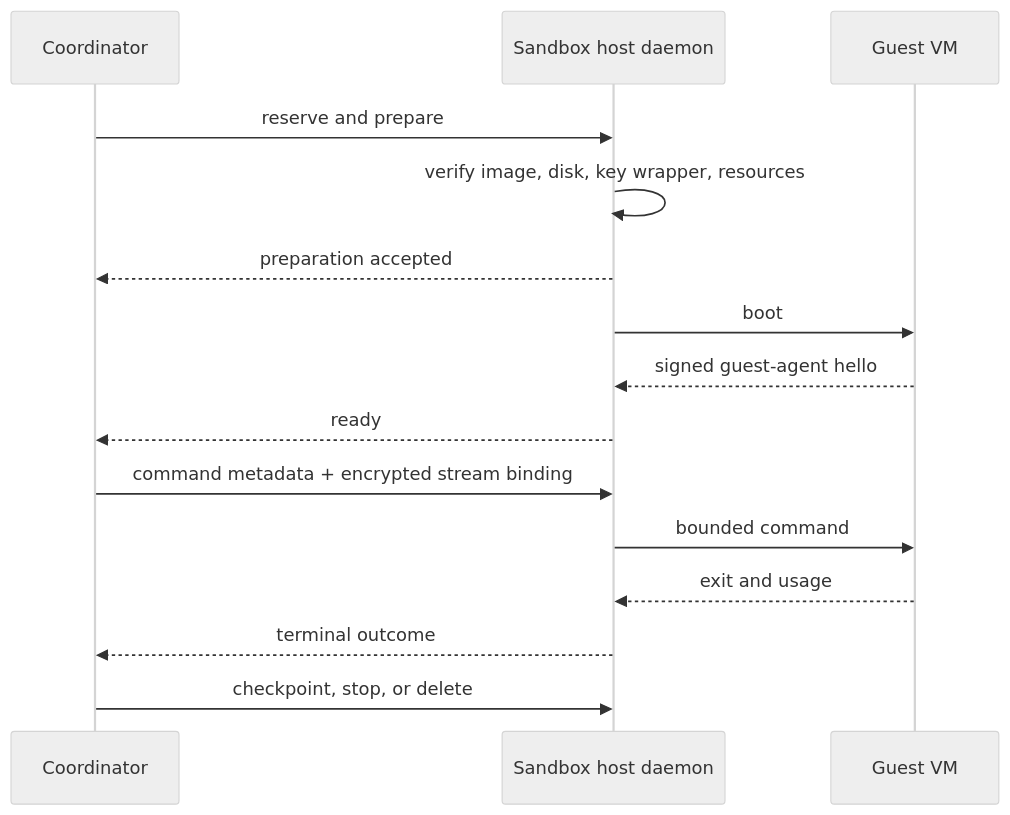
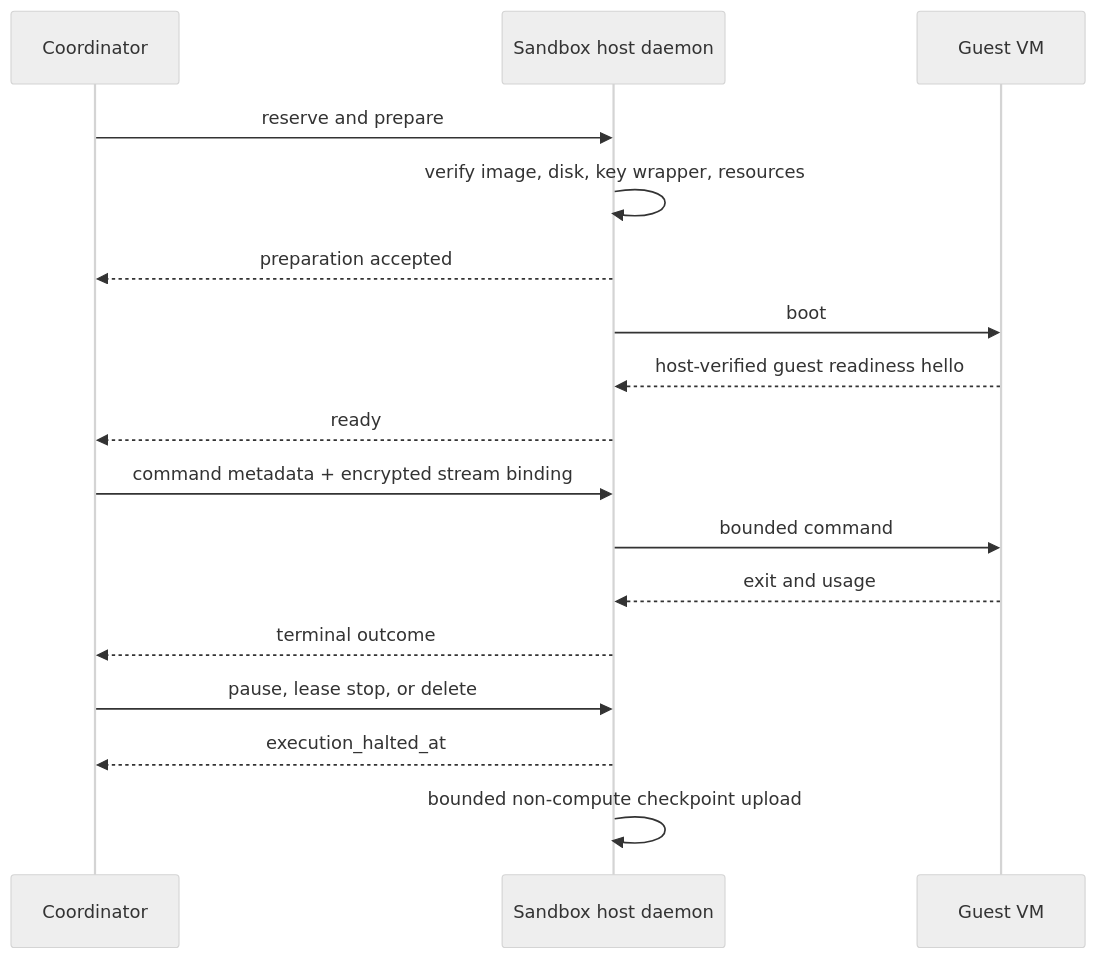
One commit to Layr-Labs/d-inference changed the second of 2 diagrams in docs/reports/2026-08-22-sandbox-user-experience.md. Above: the diagram before and after it, drawn with Mermaid (neutral theme). The commit also changed other lines of this file and 2 other files, not shown here.

Commit message:
docs: harden sandbox architecture proposal

````diff
--- a/docs/reports/2026-08-22-sandbox-user-experience.md
+++ b/docs/reports/2026-08-22-sandbox-user-experience.md
@@ -442,17 +544,19 @@
 ```mermaid
 sequenceDiagram
   participant C as Coordinator
   participant H as Sandbox host daemon
   participant V as Guest VM
   C->>H: reserve and prepare
   H->>H: verify image, disk, key wrapper, resources
   H-->>C: preparation accepted
   H->>V: boot
-  V-->>H: signed guest-agent hello
+  V-->>H: host-verified guest readiness hello
   H-->>C: ready
   C->>H: command metadata + encrypted stream binding
   H->>V: bounded command
   V-->>H: exit and usage
   H-->>C: terminal outcome
-  C->>H: checkpoint, stop, or delete
+  C->>H: pause, lease stop, or delete
+  H-->>C: execution_halted_at
+  H->>H: bounded non-compute checkpoint upload
 ```
````
